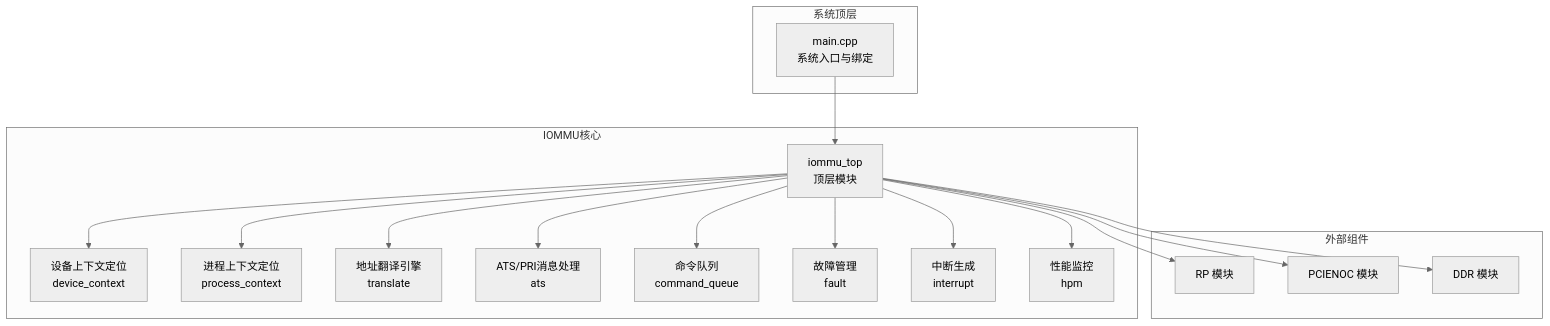
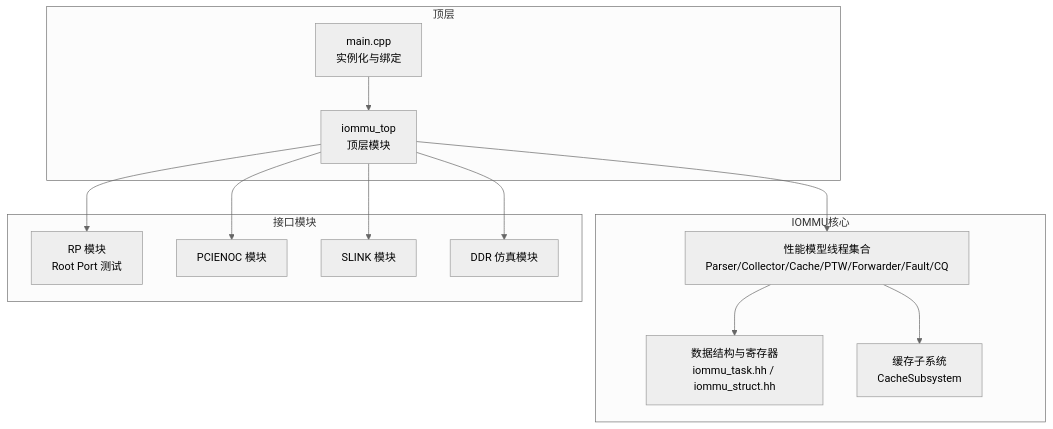
Before and after one commit to jiangjiang1122/iommu_model_20260401_v1: the first of 6 diagrams in .qoder/repowiki/zh/content/项目概述/项目概述.md, drawn with Mermaid (neutral theme). The commit also changed other lines of this file and 92 other files, not shown here.

````diff
--- a/.qoder/repowiki/zh/content/项目概述/项目概述.md
+++ b/.qoder/repowiki/zh/content/项目概述/项目概述.md
@@ -44,34 +57,26 @@
 ```mermaid
 graph TB
-subgraph "系统顶层"
-MAIN["main.cpp<br/>系统入口与绑定"]
+subgraph "顶层"
+MAIN["main.cpp<br/>实例化与绑定"]
+TOP["iommu_top<br/>顶层模块"]
 end
 subgraph "IOMMU核心"
-TOP["iommu_top<br/>顶层模块"]
-DC["设备上下文定位<br/>device_context"]
-PC["进程上下文定位<br/>process_context"]
-TRANS["地址翻译引擎<br/>translate"]
-ATS["ATS/PRI消息处理<br/>ats"]
-CMD["命令队列<br/>command_queue"]
-FAULT["故障管理<br/>fault"]
-INT["中断生成<br/>interrupt"]
-HPM["性能监控<br/>hpm"]
+PERF["性能模型线程集合<br/>Parser/Collector/Cache/PTW/Forwarder/Fault/CQ"]
+STRUCT["数据结构与寄存器<br/>iommu_task.hh / iommu_struct.hh"]
+CACHE["缓存子系统<br/>CacheSubsystem"]
 end
-subgraph "外部组件"
-RP["RP 模块"]
+subgraph "接口模块"
+RP["RP 模块<br/>Root Port 测试"]
 PCIE["PCIENOC 模块"]
-DDR["DDR 模块"]
+SLINK["SLINK 模块"]
+DDR["DDR 仿真模块"]
 end
 MAIN --> TOP
-TOP --> DC
-TOP --> PC
-TOP --> TRANS
-TOP --> ATS
-TOP --> CMD
-TOP --> FAULT
-TOP --> INT
-TOP --> HPM
+TOP --> PERF
+PERF --> CACHE
+PERF --> STRUCT
 TOP --> RP
 TOP --> PCIE
+TOP --> SLINK
 TOP --> DDR
 ```
````
